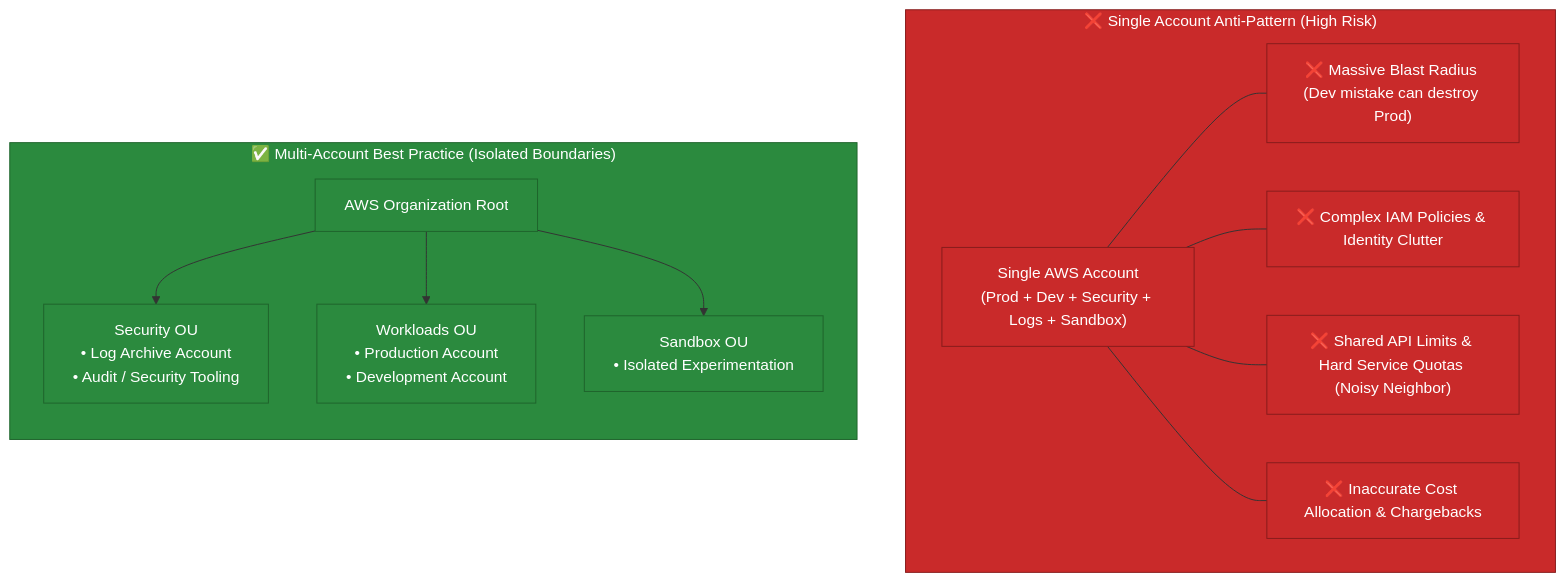
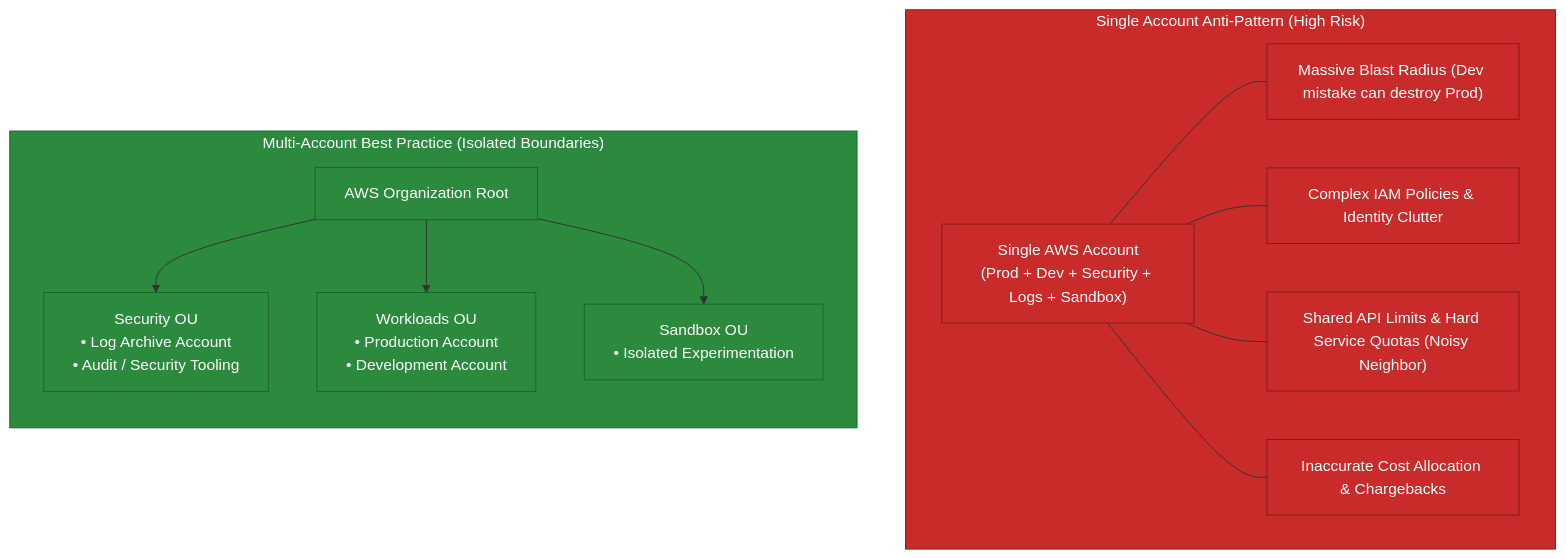
One commit to ReginRavi/AIP-C01 changed the first of 8 diagrams in Professional/1.4 AWS Organizations and AWS Control Tower.md. Above: the diagram before and after it, drawn with Mermaid. The commit also changed other lines of this file and 1 other file, not shown here.

Commit message:
Fix Mermaid diagram syntax in 1.3 and 1.4 study notes

````diff
--- a/Professional/1.4 AWS Organizations and AWS Control Tower.md
+++ b/Professional/1.4 AWS Organizations and AWS Control Tower.md
@@ -14,24 +14,24 @@
 ```mermaid
 flowchart TD
-    subgraph AntiPattern["❌ Single Account Anti-Pattern (High Risk)"]
-        A1["Single AWS Account\n(Prod + Dev + Security + Logs + Sandbox)"]
-        A1 --- P1["❌ Massive Blast Radius (Dev mistake can destroy Prod)"]
-        A1 --- P2["❌ Complex IAM Policies & Identity Clutter"]
-        A1 --- P3["❌ Shared API Limits & Hard Service Quotas (Noisy Neighbor)"]
-        A1 --- P4["❌ Inaccurate Cost Allocation & Chargebacks"]
+    subgraph AntiPattern["Single Account Anti-Pattern (High Risk)"]
+        A1["Single AWS Account<br/>(Prod + Dev + Security + Logs + Sandbox)"]
+        A1 --- P1["Massive Blast Radius (Dev mistake can destroy Prod)"]
+        A1 --- P2["Complex IAM Policies &amp; Identity Clutter"]
+        A1 --- P3["Shared API Limits &amp; Hard Service Quotas (Noisy Neighbor)"]
+        A1 --- P4["Inaccurate Cost Allocation &amp; Chargebacks"]
     end
 
-    subgraph BestPractice["✅ Multi-Account Best Practice (Isolated Boundaries)"]
+    subgraph BestPractice["Multi-Account Best Practice (Isolated Boundaries)"]
         direction TB
         OrgRoot["AWS Organization Root"]
-        OrgRoot --> SecOU["Security OU\n• Log Archive Account\n• Audit / Security Tooling"]
-        OrgRoot --> WorkOU["Workloads OU\n• Production Account\n• Development Account"]
-        OrgRoot --> SandOU["Sandbox OU\n• Isolated Experimentation"]
+        OrgRoot --> SecOU["Security OU<br/>• Log Archive Account<br/>• Audit / Security Tooling"]
+        OrgRoot --> WorkOU["Workloads OU<br/>• Production Account<br/>• Development Account"]
+        OrgRoot --> SandOU["Sandbox OU<br/>• Isolated Experimentation"]
     end
 
     classDef danger fill:#c92a2a,stroke:#861b1b,color:#ffffff;
     classDef safe fill:#2b8a3e,stroke:#1e632b,color:#ffffff;
 
     class AntiPattern,A1,P1,P2,P3,P4 danger;
     class BestPractice,OrgRoot,SecOU,WorkOU,SandOU safe;
 ```
````
